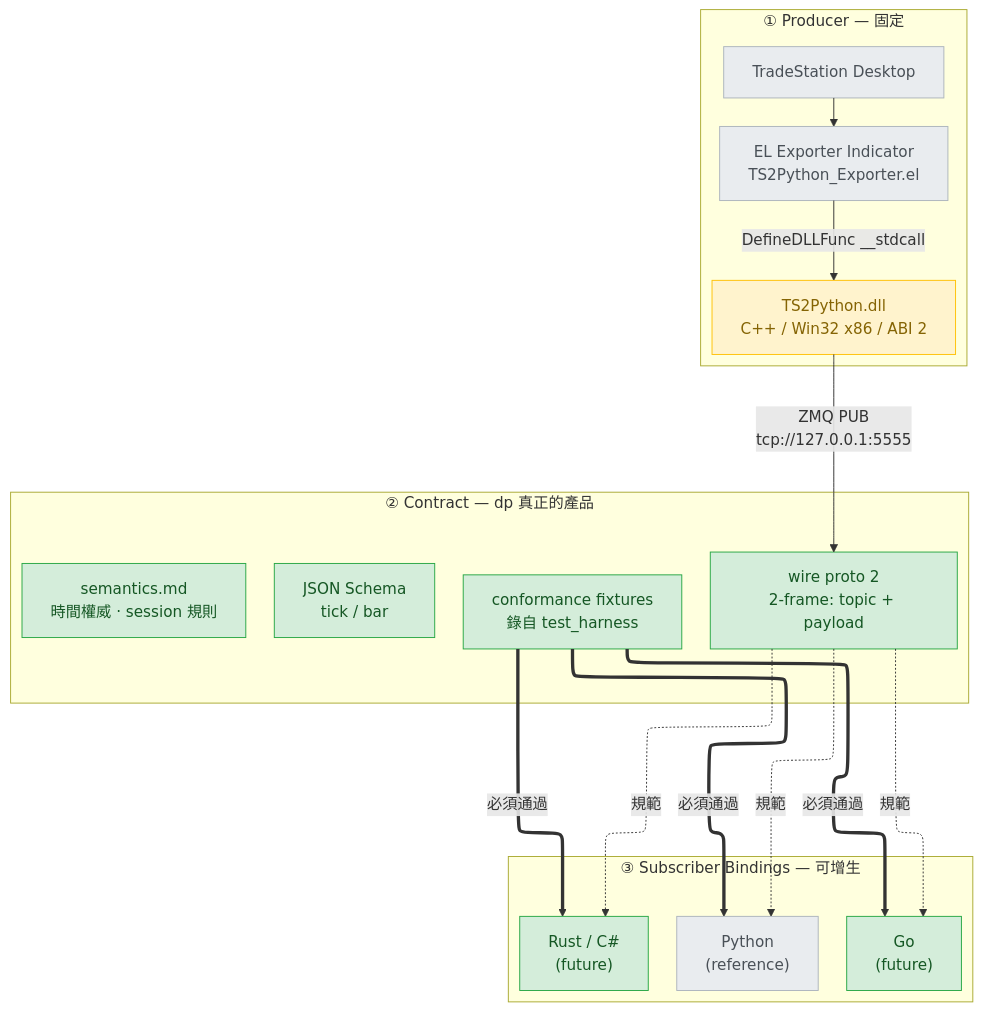
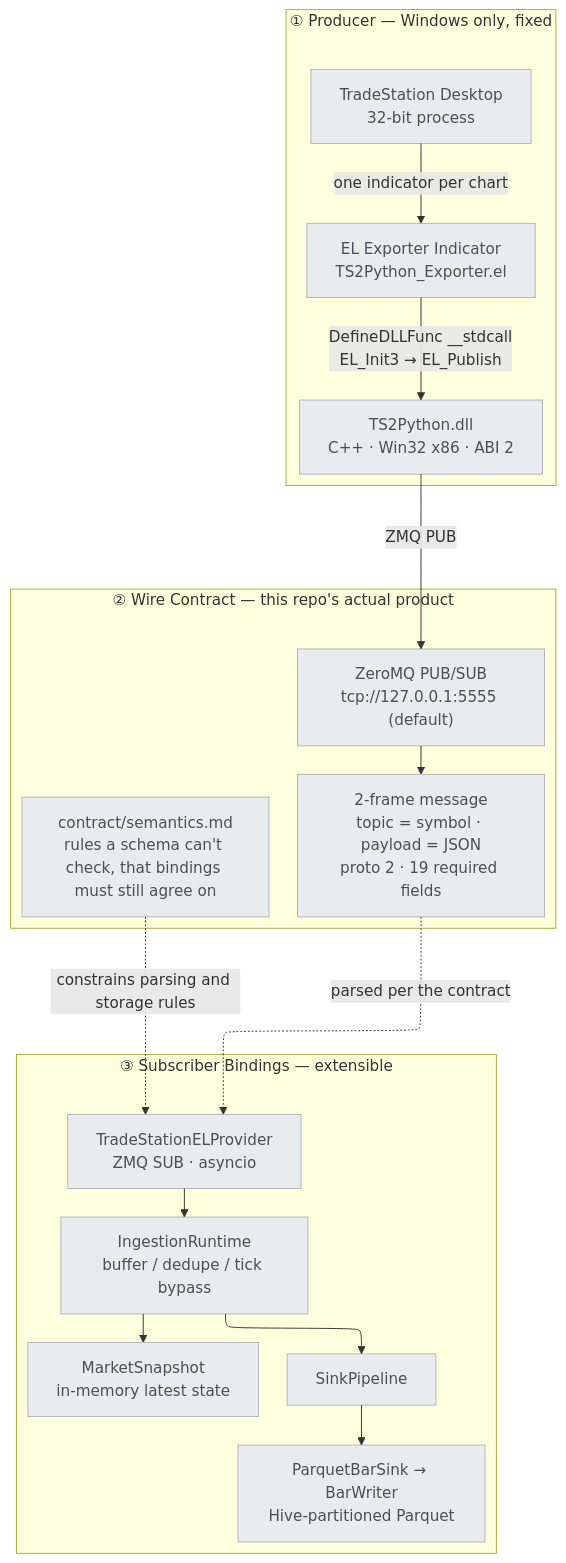
The first of 4 diagrams in docs/architecture.md (millerlai/tradestation-data-provider), drawn with Mermaid before and after one commit. The commit also changed other lines of this file and 1 other file, not shown here.

First line of the commit message:
docs: add system architecture overview (EN + zh-TW)

````diff
--- a/docs/architecture.md
+++ b/docs/architecture.md
@@ -42,46 +52,44 @@
 ```mermaid
 ---
 config:
   flowchart:
     defaultRenderer: elk
 ---
 flowchart TB
-    subgraph PROD["① Producer — 固定"]
+    subgraph PROD["① Producer — Windows only, fixed"]
         direction TB
-        TS["TradeStation Desktop"]
+        TS["TradeStation Desktop<br/>32-bit process"]
         EL["EL Exporter Indicator<br/>TS2Python_Exporter.el"]
-        DLL["TS2Python.dll<br/>C++ / Win32 x86 / ABI 2"]
-        TS --> EL
-        EL -->|"DefineDLLFunc __stdcall"| DLL
+        DLL["TS2Python.dll<br/>C++ · Win32 x86 · ABI 2"]
+        TS -->|"one indicator per chart"| EL
+        EL -->|"DefineDLLFunc __stdcall<br/>EL_Init3 → EL_Publish"| DLL
     end
 
-    subgraph CON["② Contract — dp 真正的產品"]
+    subgraph WIRE["② Wire Contract — this repo's actual product"]
         direction TB
-        WIRE["wire proto 2<br/>2-frame: topic + payload"]
-        SCHEMA["JSON Schema<br/>tick / bar"]
-        SEM["semantics.md<br/>時間權威 · session 規則"]
-        FIX["conformance fixtures<br/>錄自 test_harness"]
+        ZMQ["ZeroMQ PUB/SUB<br/>tcp://127.0.0.1:5555 (default)"]
+        FRAME["2-frame message<br/>topic = symbol · payload = JSON<br/>proto 2 · 19 required fields"]
+        SEM["contract/semantics.md<br/>rules a schema can't check, that bindings must still agree on"]
+        ZMQ --> FRAME
     end
 
-    subgraph BIND["③ Subscriber Bindings — 可增生"]
-        direction LR
-        PY["Python<br/>(reference)"]
-        GO["Go<br/>(future)"]
-        RS["Rust / C#<br/>(future)"]
+    subgraph BIND["③ Subscriber Bindings — extensible"]
+        direction TB
+        SUB["TradeStationELProvider<br/>ZMQ SUB · asyncio"]
+        RUNTIME["IngestionRuntime<br/>buffer / dedupe / tick bypass"]
+        SNAP["MarketSnapshot<br/>in-memory latest state"]
+        PIPE["SinkPipeline"]
+        DISK["ParquetBarSink → BarWriter<br/>Hive-partitioned Parquet"]
+        SUB --> RUNTIME
+        RUNTIME --> SNAP
+        RUNTIME --> PIPE
+        PIPE --> DISK
     end
 
-    DLL -->|"ZMQ PUB<br/>tcp://127.0.0.1:5555"| WIRE
-    WIRE -.->|規範| PY
-    WIRE -.->|規範| GO
-    WIRE -.->|規範| RS
-    FIX ==>|必須通過| PY
-    FIX ==>|必須通過| GO
-    FIX ==>|必須通過| RS
+    DLL -->|"ZMQ PUB"| ZMQ
+    FRAME -.->|"parsed per the contract"| SUB
+    SEM -.->|"constrains parsing and storage rules"| SUB
 
     classDef existing fill:#e9ecef,stroke:#adb5bd,color:#495057
-    classDef added fill:#d4edda,stroke:#28a745,color:#155724
-    classDef modified fill:#fff3cd,stroke:#ffc107,color:#856404
-    class TS,EL,PY existing
-    class DLL modified
-    class WIRE,SCHEMA,SEM,FIX,GO,RS added
+    class TS,EL,DLL,ZMQ,FRAME,SEM,SUB,RUNTIME,SNAP,PIPE,DISK existing
 ```
````
